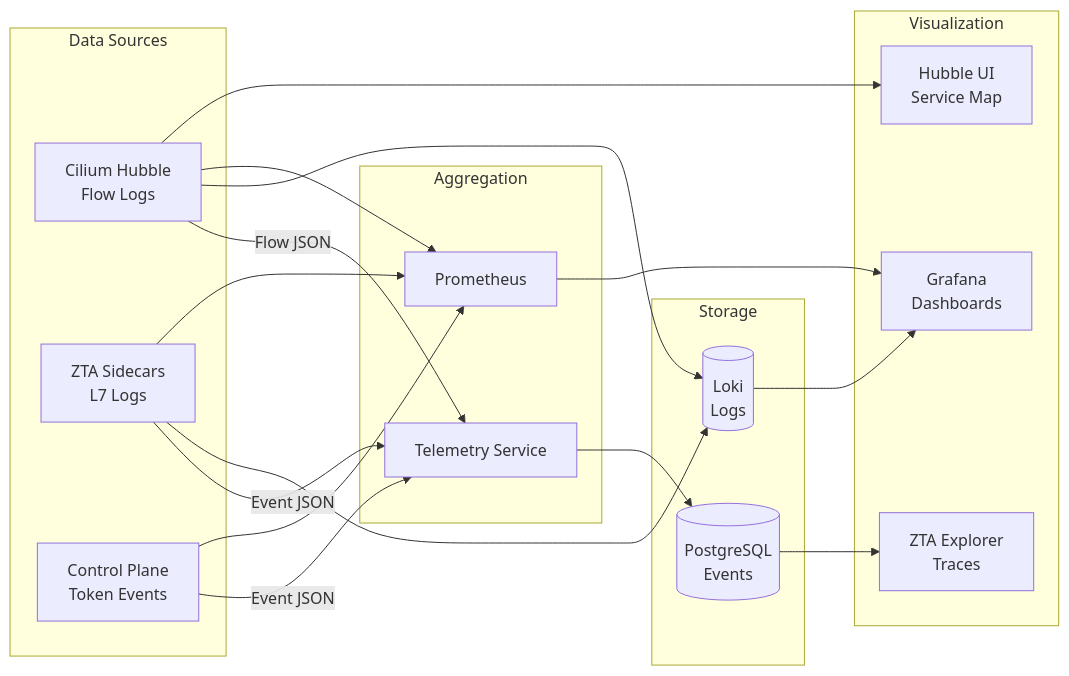
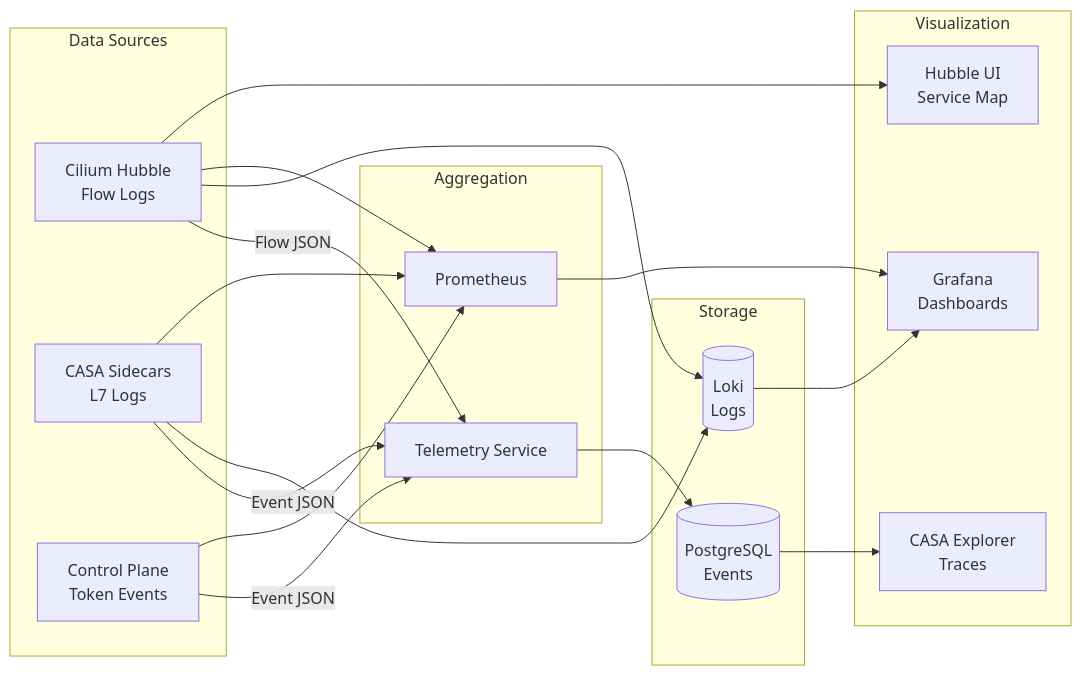
Before and after one commit to outshift-open/CASA: the eighth of 16 diagrams in contrib/wip/it1/SPECS.md, drawn with Mermaid. The commit also changed other lines of this file and 294 other files, not shown here.

Commit message:
feat: Rename from ZTA to CASA

````diff
--- a/contrib/wip/it1/SPECS.md
+++ b/contrib/wip/it1/SPECS.md
@@ -1398,41 +1398,41 @@
 ```mermaid
 graph LR
     subgraph "Data Sources"
         HUBBLE[Cilium Hubble<br/>Flow Logs]
-        SIDECAR[ZTA Sidecars<br/>L7 Logs]
+        SIDECAR[CASA Sidecars<br/>L7 Logs]
         CTRL[Control Plane<br/>Token Events]
     end
 
     subgraph "Aggregation"
         TELEM[Telemetry Service]
         PROM[Prometheus]
     end
 
     subgraph "Storage"
         PG[(PostgreSQL<br/>Events)]
         LOKI[(Loki<br/>Logs)]
     end
 
     subgraph "Visualization"
         GRAFANA[Grafana<br/>Dashboards]
         HUBBLE_UI[Hubble UI<br/>Service Map]
-        ZTA_UI[ZTA Explorer<br/>Traces]
+        CASA_UI[CASA Explorer<br/>Traces]
     end
 
     HUBBLE -->|Flow JSON| TELEM
     SIDECAR -->|Event JSON| TELEM
     CTRL -->|Event JSON| TELEM
 
     TELEM --> PG
     HUBBLE --> LOKI
     SIDECAR --> LOKI
 
     HUBBLE --> PROM
     SIDECAR --> PROM
     CTRL --> PROM
 
-    PG --> ZTA_UI
+    PG --> CASA_UI
     LOKI --> GRAFANA
     PROM --> GRAFANA
     HUBBLE --> HUBBLE_UI
 ```
````
